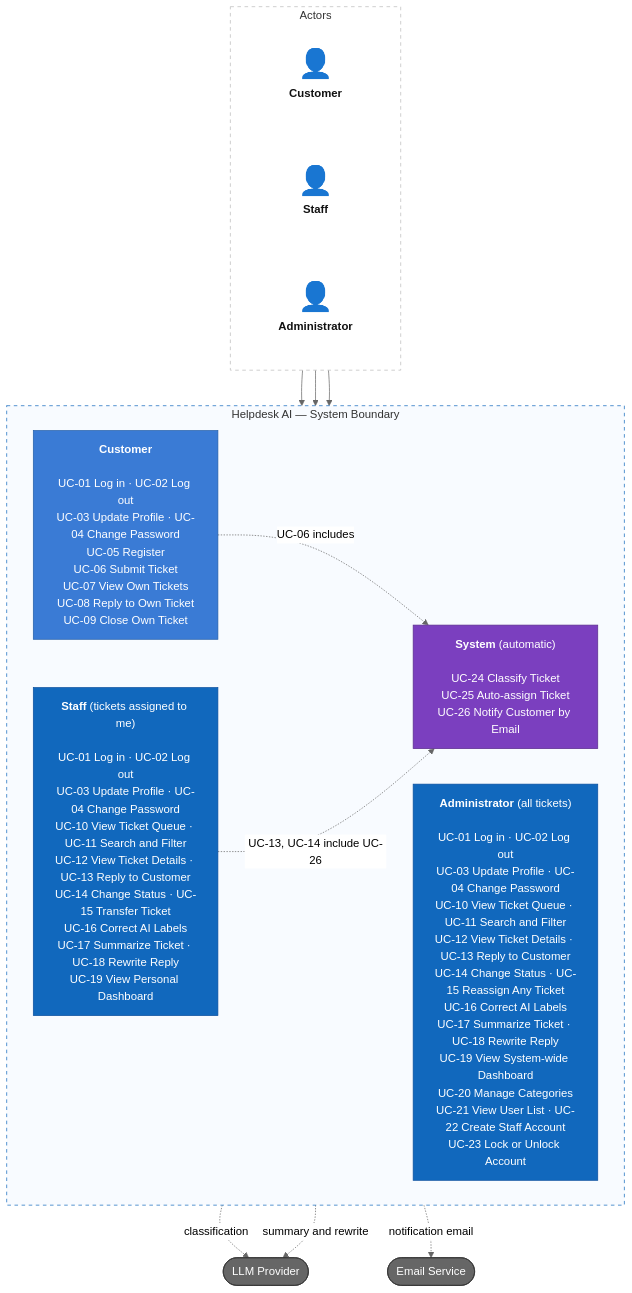
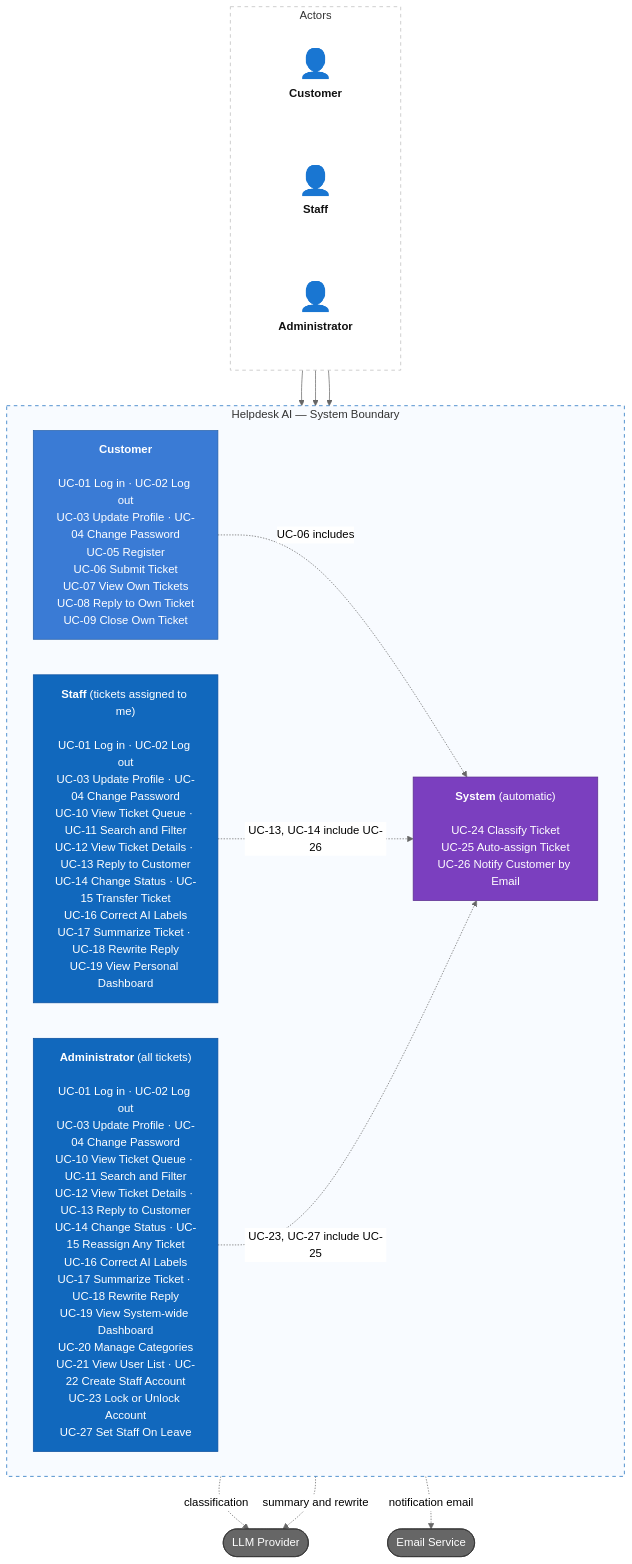
Before and after one commit to minhtuann1102/HelpdeskAI: the first of 2 diagrams in README.md, drawn with Mermaid (neutral theme). The commit also changed other lines of this file and 26 other files, not shown here.

First line of the commit message:
docs: add Staff on leave set by the Administrator (D-20, US-36)

````diff
--- a/README.md
+++ b/README.md
@@ -44,42 +45,43 @@
 ```mermaid
 flowchart TB
     subgraph roles["Actors"]
         direction LR
         customer["<span style='font-size:40px'>👤</span><br/><b>Customer</b>"]
         staff["<span style='font-size:40px'>👤</span><br/><b>Staff</b>"]
         admin["<span style='font-size:40px'>👤</span><br/><b>Administrator</b>"]
     end
 
     subgraph system["Helpdesk AI — System Boundary"]
         direction LR
         customerCases["<b>Customer</b><br/><br/>UC-01 Log in · UC-02 Log out<br/>UC-03 Update Profile · UC-04 Change Password<br/>UC-05 Register<br/>UC-06 Submit Ticket<br/>UC-07 View Own Tickets<br/>UC-08 Reply to Own Ticket<br/>UC-09 Close Own Ticket"]
         staffCases["<b>Staff</b> (tickets assigned to me)<br/><br/>UC-01 Log in · UC-02 Log out<br/>UC-03 Update Profile · UC-04 Change Password<br/>UC-10 View Ticket Queue · UC-11 Search and Filter<br/>UC-12 View Ticket Details · UC-13 Reply to Customer<br/>UC-14 Change Status · UC-15 Transfer Ticket<br/>UC-16 Correct AI Labels<br/>UC-17 Summarize Ticket · UC-18 Rewrite Reply<br/>UC-19 View Personal Dashboard"]
-        adminCases["<b>Administrator</b> (all tickets)<br/><br/>UC-01 Log in · UC-02 Log out<br/>UC-03 Update Profile · UC-04 Change Password<br/>UC-10 View Ticket Queue · UC-11 Search and Filter<br/>UC-12 View Ticket Details · UC-13 Reply to Customer<br/>UC-14 Change Status · UC-15 Reassign Any Ticket<br/>UC-16 Correct AI Labels<br/>UC-17 Summarize Ticket · UC-18 Rewrite Reply<br/>UC-19 View System-wide Dashboard<br/>UC-20 Manage Categories<br/>UC-21 View User List · UC-22 Create Staff Account<br/>UC-23 Lock or Unlock Account"]
+        adminCases["<b>Administrator</b> (all tickets)<br/><br/>UC-01 Log in · UC-02 Log out<br/>UC-03 Update Profile · UC-04 Change Password<br/>UC-10 View Ticket Queue · UC-11 Search and Filter<br/>UC-12 View Ticket Details · UC-13 Reply to Customer<br/>UC-14 Change Status · UC-15 Reassign Any Ticket<br/>UC-16 Correct AI Labels<br/>UC-17 Summarize Ticket · UC-18 Rewrite Reply<br/>UC-19 View System-wide Dashboard<br/>UC-20 Manage Categories<br/>UC-21 View User List · UC-22 Create Staff Account<br/>UC-23 Lock or Unlock Account<br/>UC-27 Set Staff On Leave"]
         systemCases["<b>System</b> (automatic)<br/><br/>UC-24 Classify Ticket<br/>UC-25 Auto-assign Ticket<br/>UC-26 Notify Customer by Email"]
     end
 
     llm(["LLM Provider"])
     email(["Email Service"])
 
     customer --> customerCases
     staff --> staffCases
     admin --> adminCases
     customerCases -.->|"UC-06 includes"| systemCases
     staffCases -.->|"UC-13, UC-14 include UC-26"| systemCases
+    adminCases -.->|"UC-23, UC-27 include UC-25"| systemCases
     systemCases -.->|"classification"| llm
     systemCases -.->|"notification email"| email
     staffCases -.->|"summary and rewrite"| llm
 
     classDef actor fill:none,stroke:none,color:#111
     classDef external fill:#666,color:#fff,stroke:#333
     classDef primary fill:#1168bd,color:#fff,stroke:#0b4f9e
     classDef standard fill:#3a7bd5,color:#fff,stroke:#245fa8
     classDef ai fill:#7b3fbf,color:#fff,stroke:#5a2d8c
     class customer,staff,admin actor
     class llm,email external
     class adminCases,staffCases primary
     class customerCases standard
     class systemCases ai
     style roles fill:#fff,stroke:#bbb,stroke-dasharray:5 5
     style system fill:#f8fbff,stroke:#1168bd,stroke-dasharray:5 5
 ```
````
